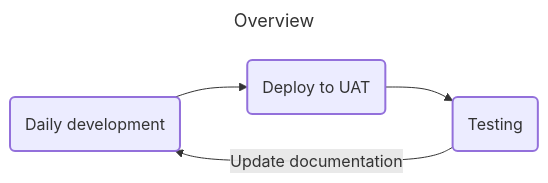
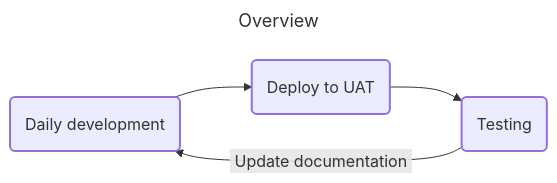
Before and after one commit to spectrum-health-systems/tingen-documentation: the second of 2 diagrams in Development/Tingen Development Processes.md, drawn with Mermaid.

Commit message:
Update Tingen Development Processes.md

````diff
--- a/Development/Tingen Development Processes.md
+++ b/Development/Tingen Development Processes.md
@@ -33,12 +33,12 @@
 ```mermaid
 ---
 title: Overview
 ---
 flowchart LR
   DailyDevelopment("Daily development") --> DeployToUat("Deploy to UAT")
   DeployToUat --> Testing("Testing")
-  Testing -- Update documentation --> DailyDevelopment
+  Testing -- &nbsp;Update documentation&nbsp; --> DailyDevelopment
 
   classDef allNodes stroke-width:2px;
   class DailyDevelopment,DeployToUat,Testing,UpdateDocumentation allNodes;
 ```
````
